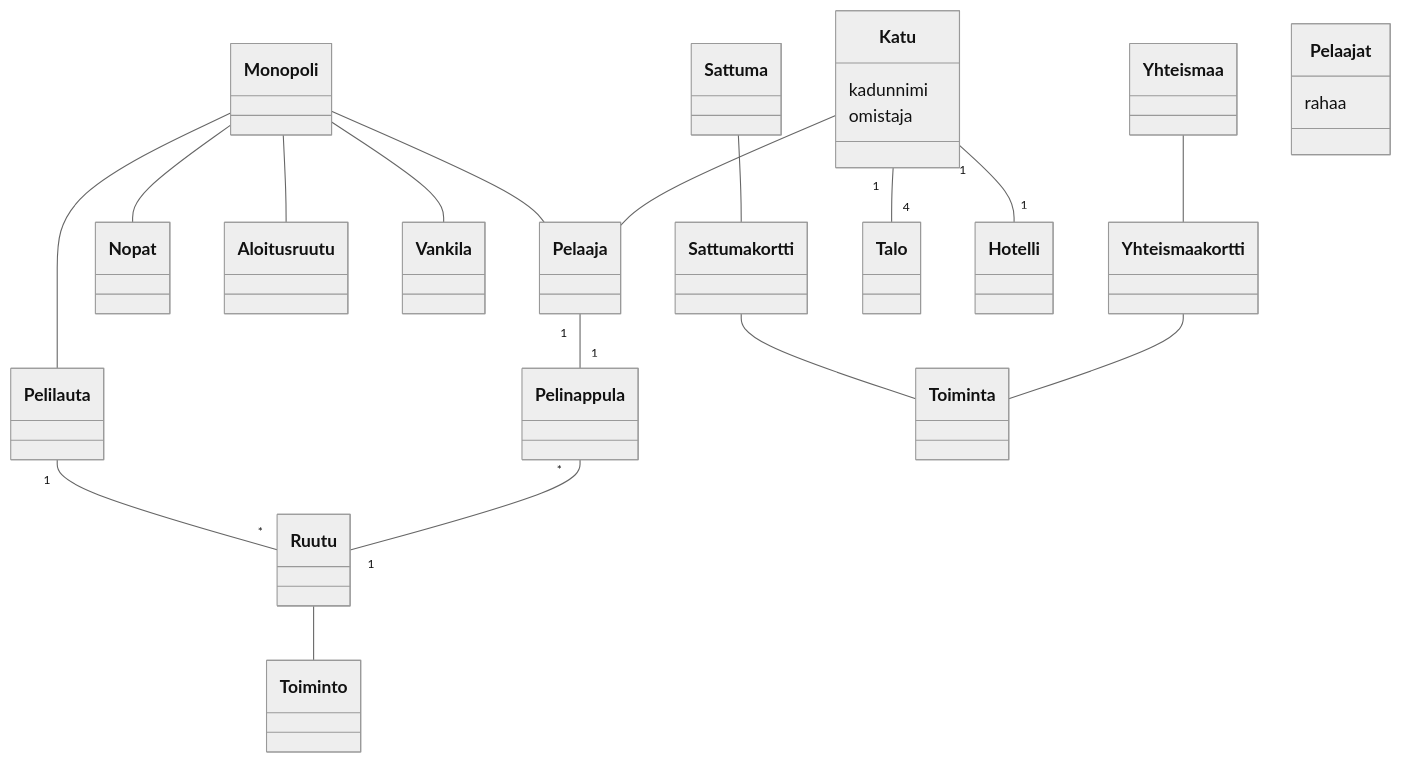
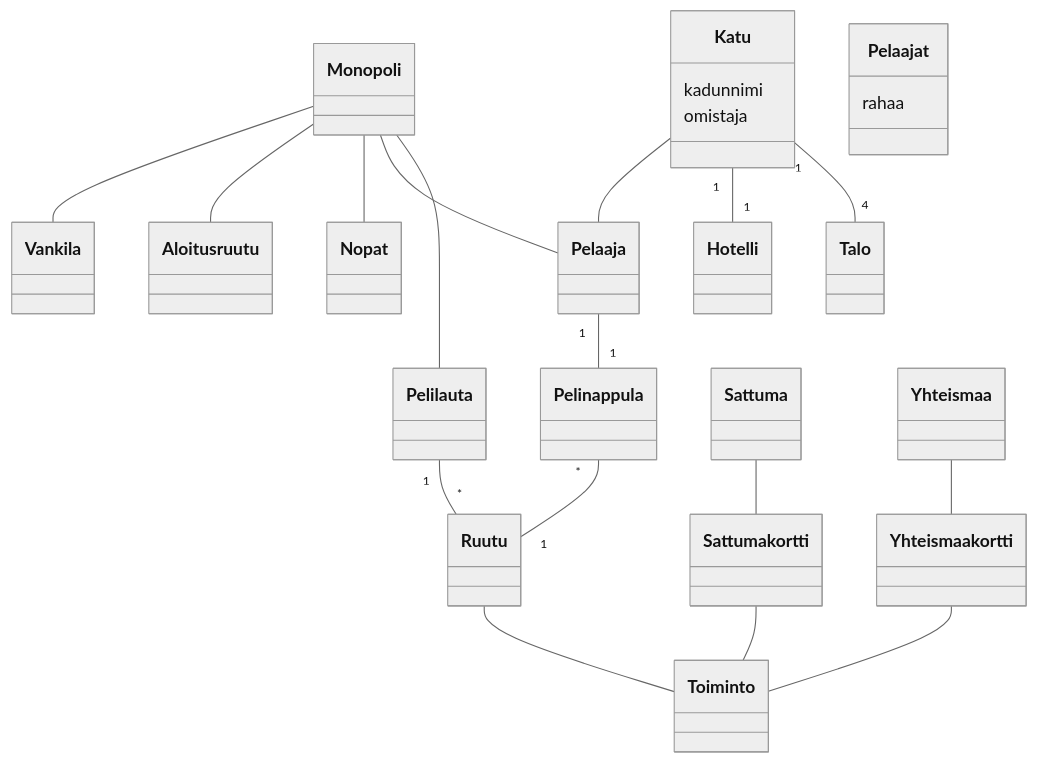
Before and after one commit to EeroAnt/ot-harjoitusty-: the diagram in laskarit/viikko3/kaavio.md, drawn with Mermaid (neutral theme).

Commit message:
luokkakaavio ver 1.15

````diff
--- a/laskarit/viikko3/kaavio.md
+++ b/laskarit/viikko3/kaavio.md
@@ -1,42 +1,42 @@
 ```mermaid
  classDiagram
       Pelilauta "1" -- "*" Ruutu
       Pelinappula "*" -- "1" Ruutu
       Pelaaja "1" -- "1" Pelinappula
       Monopoli -- Pelilauta
       Monopoli -- Pelaaja
       Monopoli -- Nopat
       Monopoli -- Aloitusruutu
       Monopoli -- Vankila
       Ruutu -- Toiminto
       Sattuma -- Sattumakortti
       Yhteismaa -- Yhteismaakortti
-      Sattumakortti -- Toiminta
-      Yhteismaakortti -- Toiminta
+      Sattumakortti -- Toiminto
+      Yhteismaakortti -- Toiminto
       Katu "1" -- "4" Talo
       Katu "1" -- "1" Hotelli
       Katu -- Pelaaja
       class Monopoli
       class Pelilauta
       class Ruutu
       class Pelinappula
       class Pelaajat{
           rahaa
       }
       class Nopat
       class Aloitusruutu
       class Vankila
       Class Sattuma
       Class Yhteismaa
       Class Asema
       Class Laitos
       class Katu{
           kadunnimi
           omistaja
       }
       Class Sattumakortti
       Class Yhteismaakortti
       Class Toiminto
       Class Talo
       Class Hotelli
 ```
````
